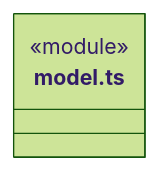
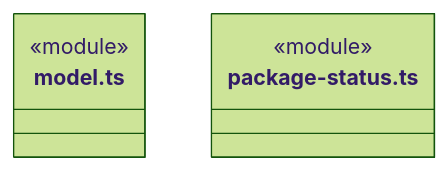
Before and after one commit to nan023062/cbim: the second of 3 diagrams in src/logic/engines/ARCHITECTURE.md, drawn with Mermaid (forest theme). The commit also changed other lines of this file and 27 other files, not shown here.

````diff
--- a/src/logic/engines/ARCHITECTURE.md
+++ b/src/logic/engines/ARCHITECTURE.md
@@ -49,6 +50,9 @@
 ```mermaid
 classDiagram
 class N_src_logic_engines_model_ts["model.ts"] {
   <<module>>
 }
+class N_src_logic_engines_package_status_ts["package-status.ts"] {
+  <<module>>
+}
 ```
````
